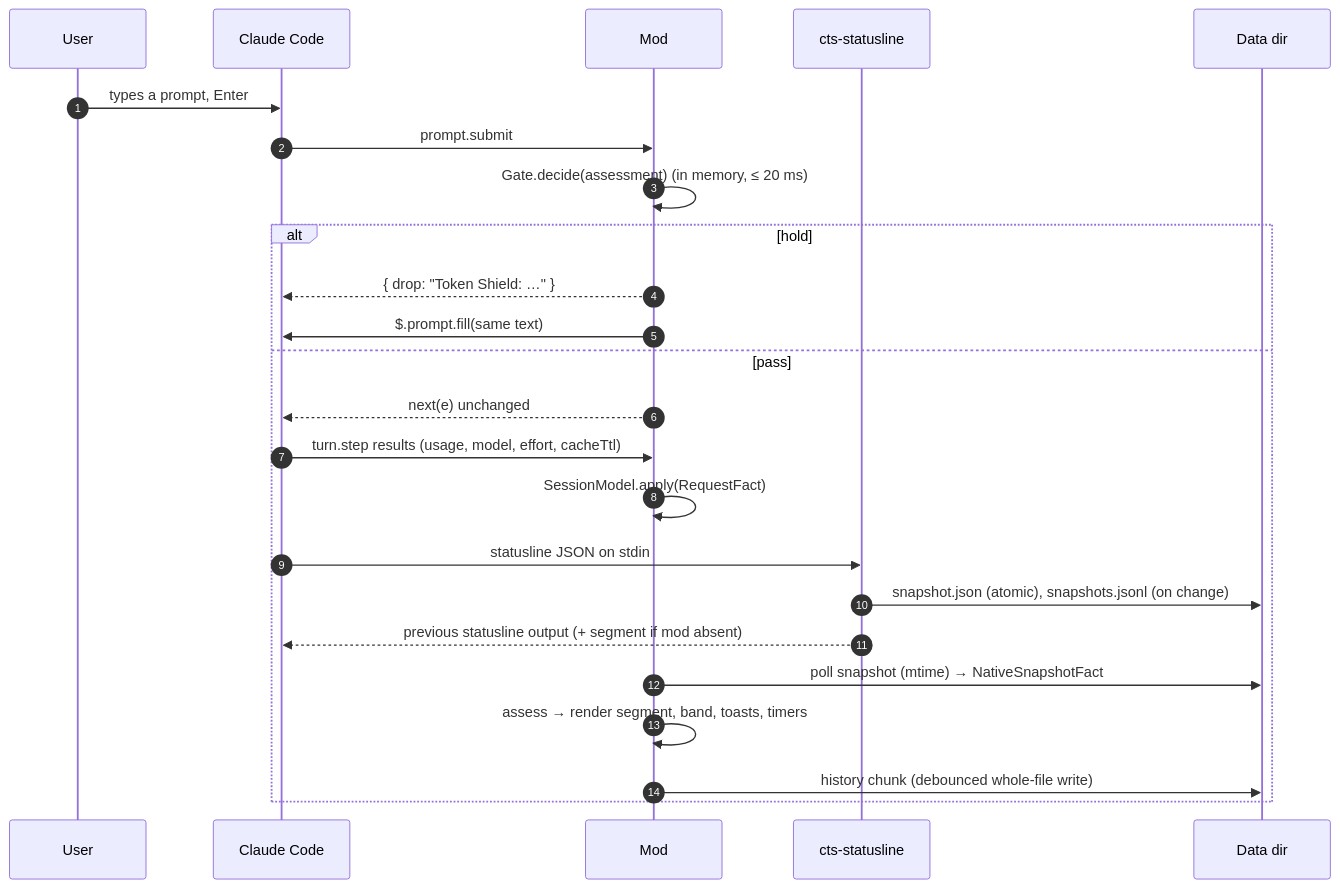
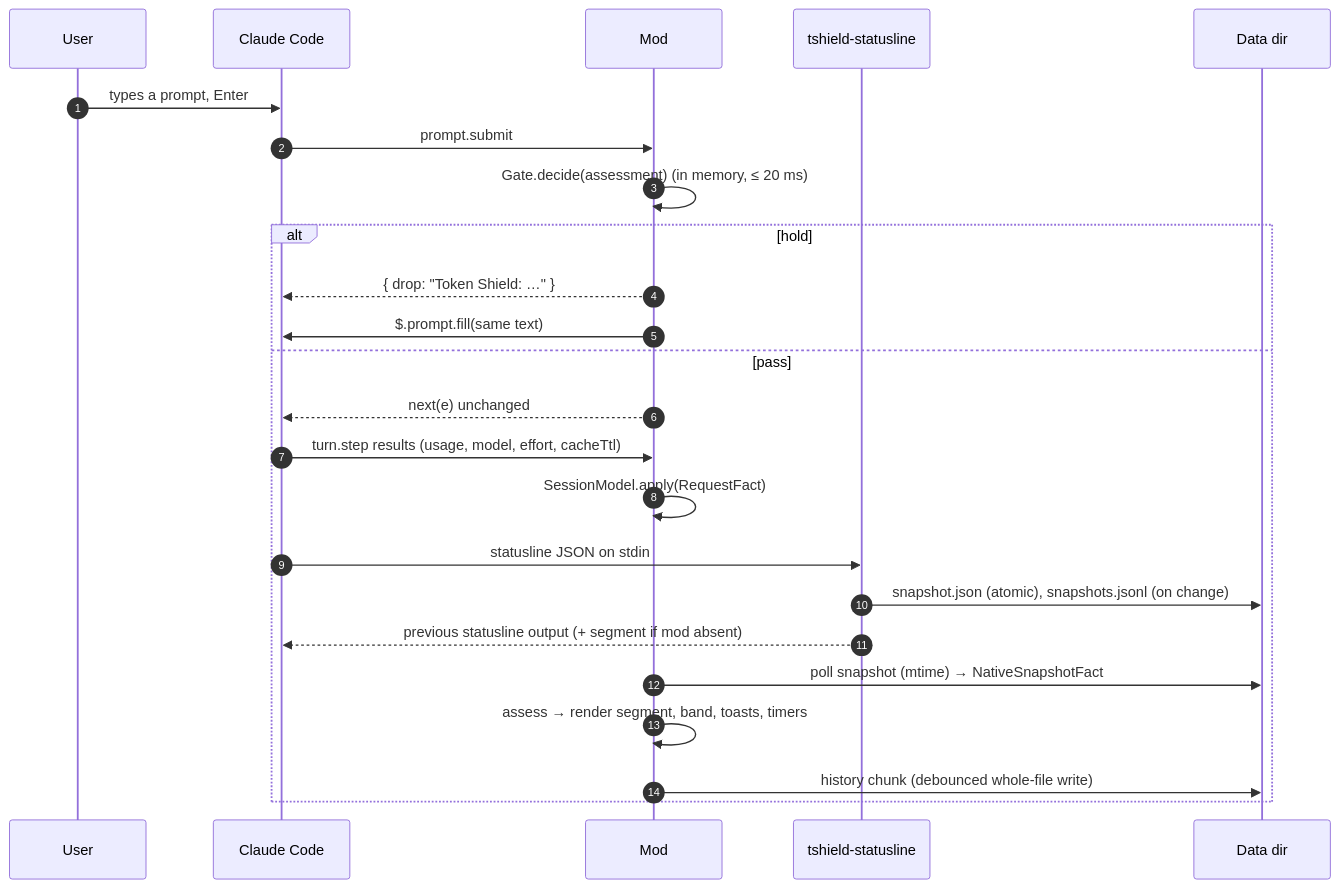
The second of 4 diagrams in spec/claude-token-shield/design.md (coreyx/claude-token-shield), drawn with Mermaid before and after one commit. The commit also changed other lines of this file and 4 other files, not shown here.

````diff
--- a/spec/claude-token-shield/design.md
+++ b/spec/claude-token-shield/design.md
@@ -98,27 +98,27 @@
 ```mermaid
 sequenceDiagram
   autonumber
   participant U as User
   participant CC as Claude Code
   participant M as Mod
-  participant B as cts-statusline
+  participant B as tshield-statusline
   participant S as Data dir
 
   U->>CC: types a prompt, Enter
   CC->>M: prompt.submit
   M->>M: Gate.decide(assessment) (in memory, ≤ 20 ms)
   alt hold
     M-->>CC: { drop: "Token Shield: …" }
     M->>CC: $.prompt.fill(same text)
   else pass
     M-->>CC: next(e) unchanged
     CC->>M: turn.step results (usage, model, effort, cacheTtl)
     M->>M: SessionModel.apply(RequestFact)
     CC->>B: statusline JSON on stdin
     B->>S: snapshot.json (atomic), snapshots.jsonl (on change)
     B-->>CC: previous statusline output (+ segment if mod absent)
     M->>S: poll snapshot (mtime) → NativeSnapshotFact
     M->>M: assess → render segment, band, toasts, timers
     M->>S: history chunk (debounced whole-file write)
   end
 ```
````
